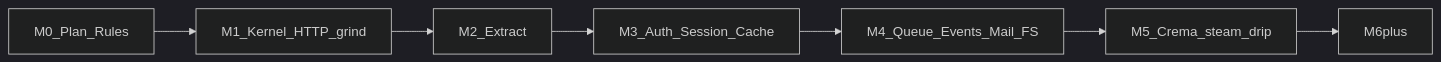
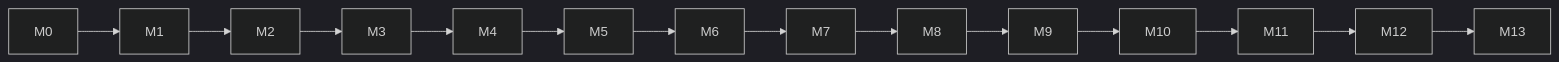
Before and after one commit to konaframework/kona: the diagram in docs/architecture/PLAN.md, drawn with Mermaid (dark theme). The commit also changed other lines of this file and 94 other files, not shown here.

First line of the commit message:
M3: Session, auth, and security (#9)

````diff
--- a/docs/architecture/PLAN.md
+++ b/docs/architecture/PLAN.md
@@ -148,9 +117,5 @@
 ```mermaid
 flowchart LR
-  M0[M0_Plan_Rules] --> M1[M1_Kernel_HTTP_grind]
-  M1 --> M2[M2_Extract]
-  M2 --> M3[M3_Auth_Session_Cache]
-  M3 --> M4[M4_Queue_Events_Mail_FS]
-  M4 --> M5[M5_Crema_steam_drip]
-  M5 --> M6[M6plus]
+  M0 --> M1 --> M2 --> M3 --> M4 --> M5 --> M6
+  M6 --> M7 --> M8 --> M9 --> M10 --> M11 --> M12 --> M13
 ```
````
